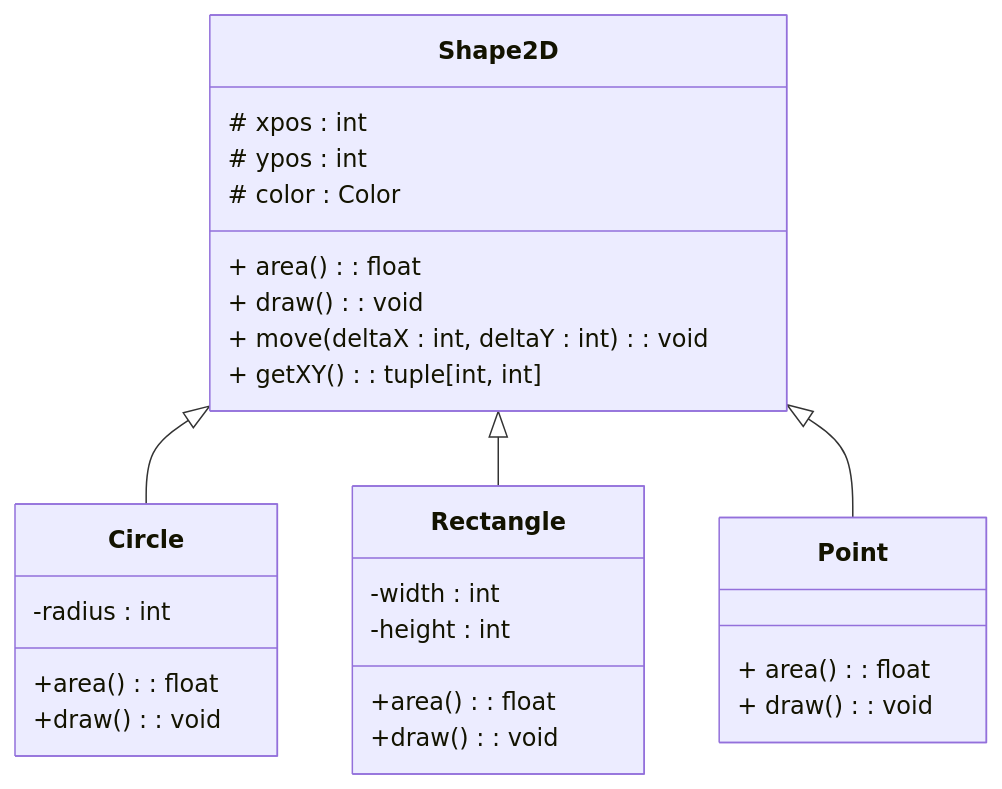
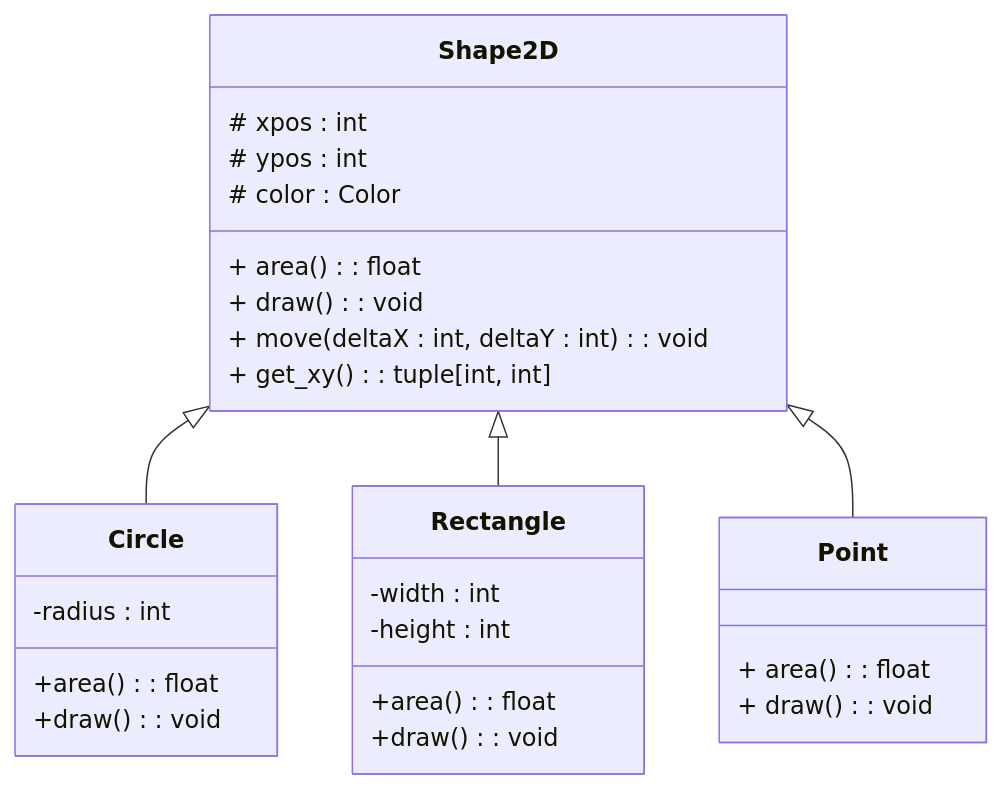
Before and after one commit to blavad/poo-python: the first of 2 diagrams in TP4-Polymorphisme/README.md, drawn with Mermaid. The commit also changed other lines of this file and 2 other files, not shown here.

````diff
--- a/TP4-Polymorphisme/README.md
+++ b/TP4-Polymorphisme/README.md
@@ -13,37 +15,37 @@
 ```mermaid
-    classDiagram 
+    classDiagram
     direction TB
      class Shape2D {
         # xpos : int
         # ypos : int
         # color : Color
 
         + area() : float
         + draw() : void
         + move(deltaX : int, deltaY : int) : void
-        + getXY(): tuple[int, int]
-    
+        + get_xy(): tuple[int, int]
+
         }
 
     class Point {
             + area() : float
             + draw() : void
     }
 
     class Circle {
     -radius : int
     +area() : float
     +draw() : void
     }
 
     class Rectangle {
     -width : int
     -height : int
     +area() : float
     +draw(): void
     }
 
     Shape2D <|-- Circle
     Shape2D <|-- Rectangle
     Shape2D <|-- Point
 ```
````
